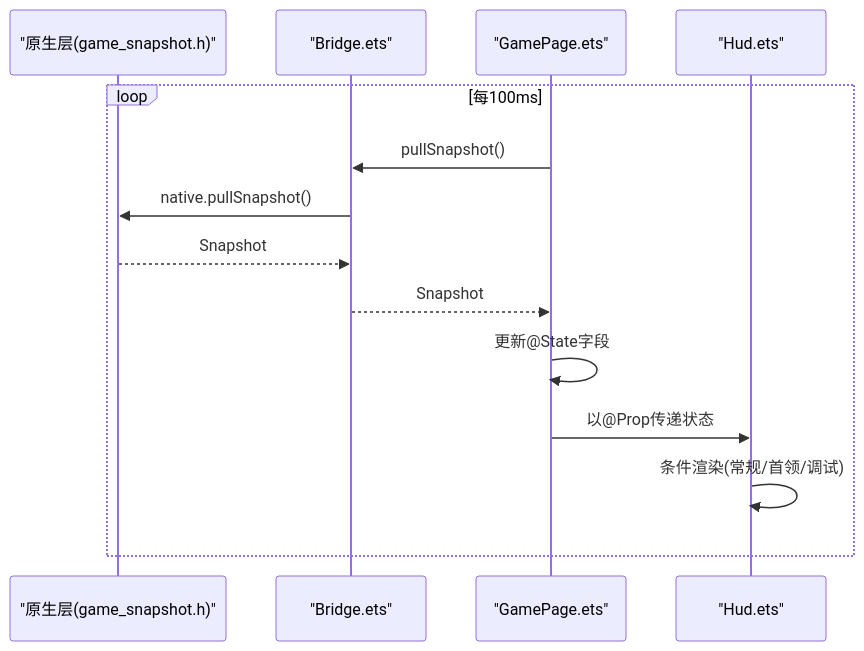
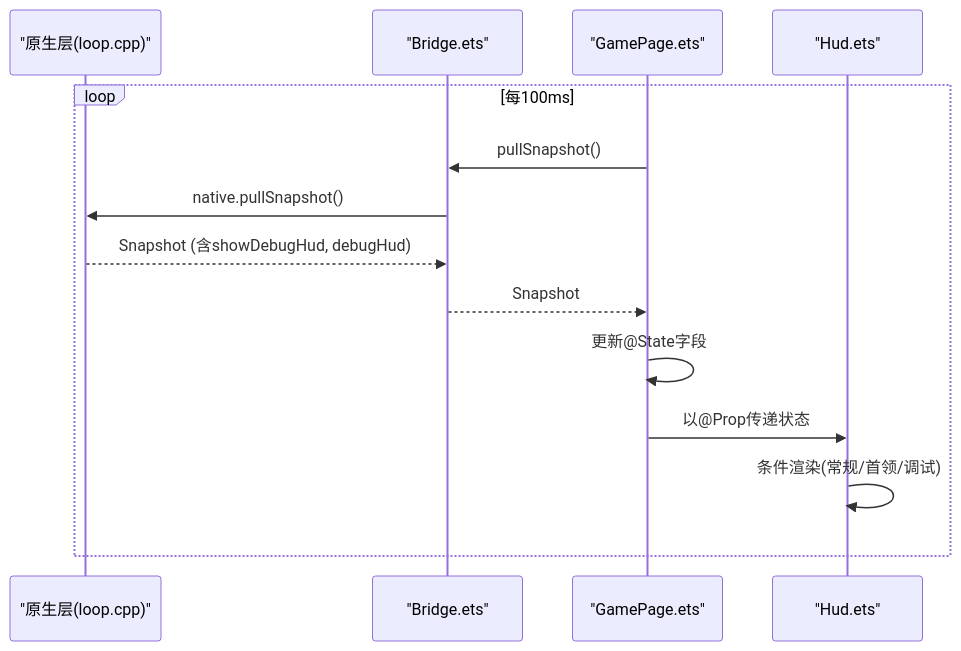
One commit to sj123sheng/my-world changed the second of 6 diagrams in .qoder/repowiki/zh/content/前端界面系统/UI 组件系统/Hud 组件.md. Above: the diagram before and after it, drawn with Mermaid. The commit also changed other lines of this file and 160 other files, not shown here.

````diff
--- a/.qoder/repowiki/zh/content/前端界面系统/UI 组件系统/Hud 组件.md
+++ b/.qoder/repowiki/zh/content/前端界面系统/UI 组件系统/Hud 组件.md
@@ -76,16 +96,16 @@
 ```mermaid
 sequenceDiagram
-participant Native as "原生层(game_snapshot.h)"
+participant Native as "原生层(loop.cpp)"
 participant Bridge as "Bridge.ets"
 participant Page as "GamePage.ets"
 participant Hud as "Hud.ets"
 loop 每100ms
 Page->>Bridge : pullSnapshot()
 Bridge->>Native : native.pullSnapshot()
-Native-->>Bridge : Snapshot
+Native-->>Bridge : Snapshot (含showDebugHud, debugHud)
 Bridge-->>Page : Snapshot
 Page->>Page : 更新@State字段
 Page->>Hud : 以@Prop传递状态
 Hud->>Hud : 条件渲染(常规/首领/调试)
 end
 ```
````
